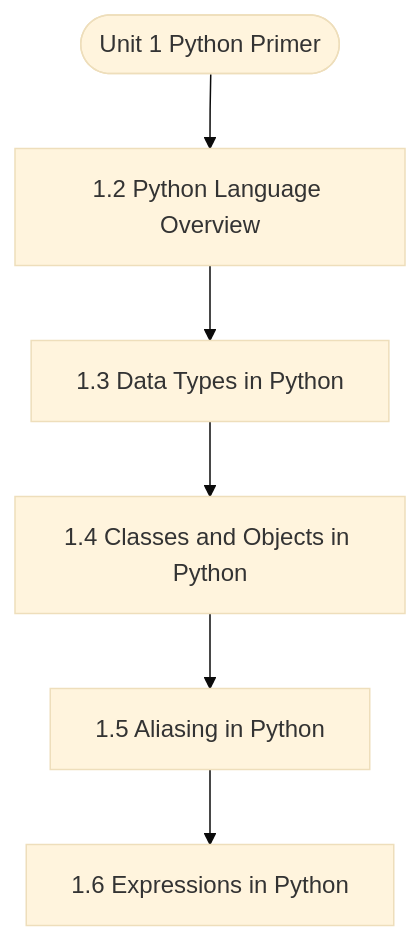
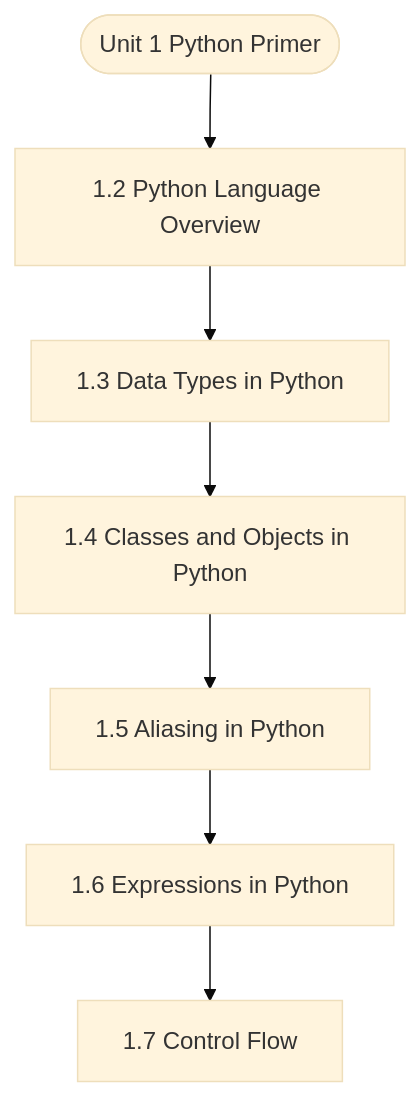
The diagram in notes/Semester_1/MCS-063_Data_Structures_using_Python/unit_01_Python_Primer.md (Asutosh-Coaching/mscdsa), drawn with Mermaid (base theme) before and after one commit. The commit also changed other lines of this file and 116 other files, not shown here.

````diff
--- a/notes/Semester_1/MCS-063_Data_Structures_using_Python/unit_01_Python_Primer.md
+++ b/notes/Semester_1/MCS-063_Data_Structures_using_Python/unit_01_Python_Primer.md
@@ -19,14 +19,16 @@
 ```mermaid
 flowchart TD
   Start(["Unit 1 Python Primer"])
   N1["1.2 Python Language Overview"]
   N2["1.3 Data Types in Python"]
   N3["1.4 Classes and Objects in Python"]
   N4["1.5 Aliasing in Python"]
   N5["1.6 Expressions in Python"]
+  N6["1.7 Control Flow"]
   Start --> N1
   N1 --> N2
   N2 --> N3
   N3 --> N4
   N4 --> N5
+  N5 --> N6
 ```
````
